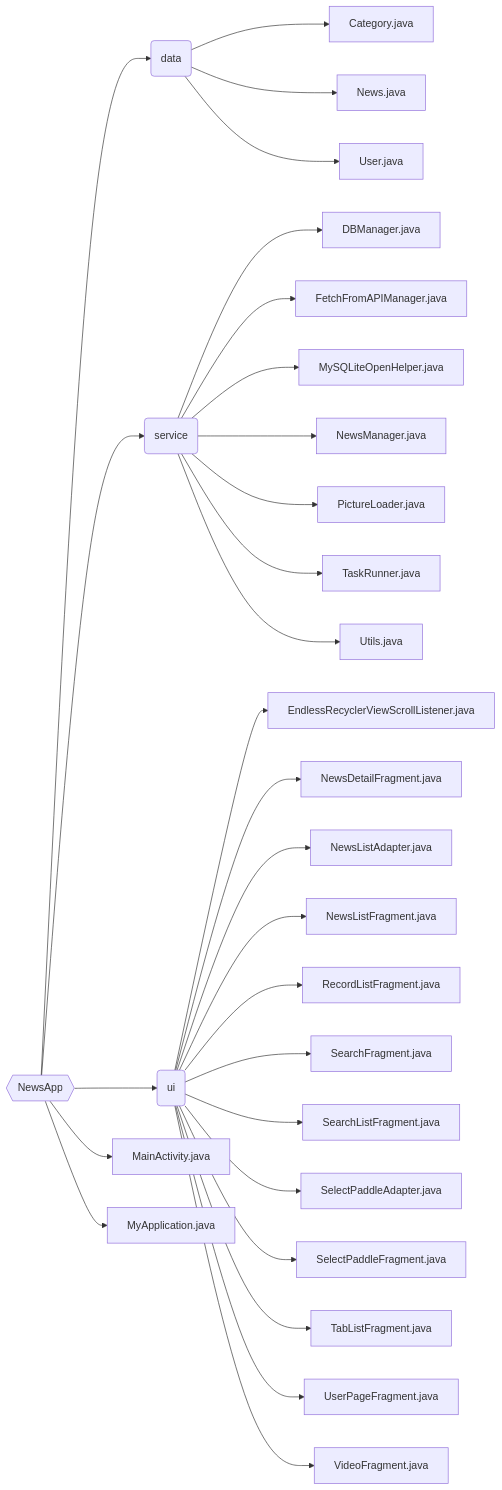
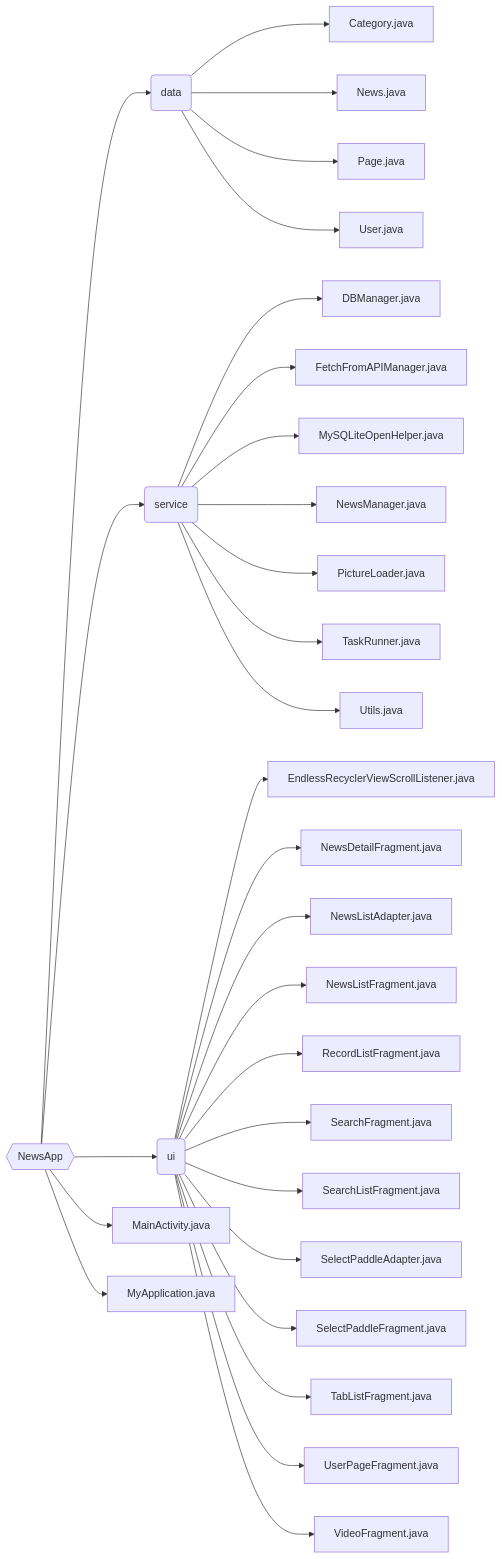
One commit to leverimmy/News-App changed the diagram in README.md. Above: the diagram before and after it, drawn with Mermaid. The commit also changed other lines of this file, not shown here.

````diff
--- a/README.md
+++ b/README.md
@@ -24,33 +23,34 @@
 ```mermaid
 flowchart LR
     A{{NewsApp}} --> B(data)
     A --> C(service)
     A --> D(ui)
     A --> E[MainActivity.java]
     A --> F[MyApplication.java]
 
     B --> G[Category.java]
     B --> H[News.java]
-    B --> I[User.java]
+    B --> I[Page.java]
+    B --> J[User.java]
 
-    C --> J[DBManager.java]
-    C --> K[FetchFromAPIManager.java]
-    C --> L[MySQLiteOpenHelper.java]
-    C --> M[NewsManager.java]
-    C --> N[PictureLoader.java]
-    C --> O[TaskRunner.java]
-    C --> P[Utils.java]
+    C --> K[DBManager.java]
+    C --> L[FetchFromAPIManager.java]
+    C --> M[MySQLiteOpenHelper.java]
+    C --> N[NewsManager.java]
+    C --> O[PictureLoader.java]
+    C --> P[TaskRunner.java]
+    C --> Q[Utils.java]
 
-    D --> Q[EndlessRecyclerViewScrollListener.java]
-    D --> R[NewsDetailFragment.java]
-    D --> S[NewsListAdapter.java]
-    D --> T[NewsListFragment.java]
-    D --> U[RecordListFragment.java]
-    D --> V[SearchFragment.java]
-    D --> W[SearchListFragment.java]
-    D --> X[SelectPaddleAdapter.java]
-    D --> Y[SelectPaddleFragment.java]
-    D --> Z[TabListFragment.java]
-    D --> AA[UserPageFragment.java]
-    D --> AB[VideoFragment.java]
+    D --> R[EndlessRecyclerViewScrollListener.java]
+    D --> S[NewsDetailFragment.java]
+    D --> T[NewsListAdapter.java]
+    D --> U[NewsListFragment.java]
+    D --> V[RecordListFragment.java]
+    D --> W[SearchFragment.java]
+    D --> X[SearchListFragment.java]
+    D --> Y[SelectPaddleAdapter.java]
+    D --> Z[SelectPaddleFragment.java]
+    D --> AA[TabListFragment.java]
+    D --> AB[UserPageFragment.java]
+    D --> AC[VideoFragment.java]
 ```
````
